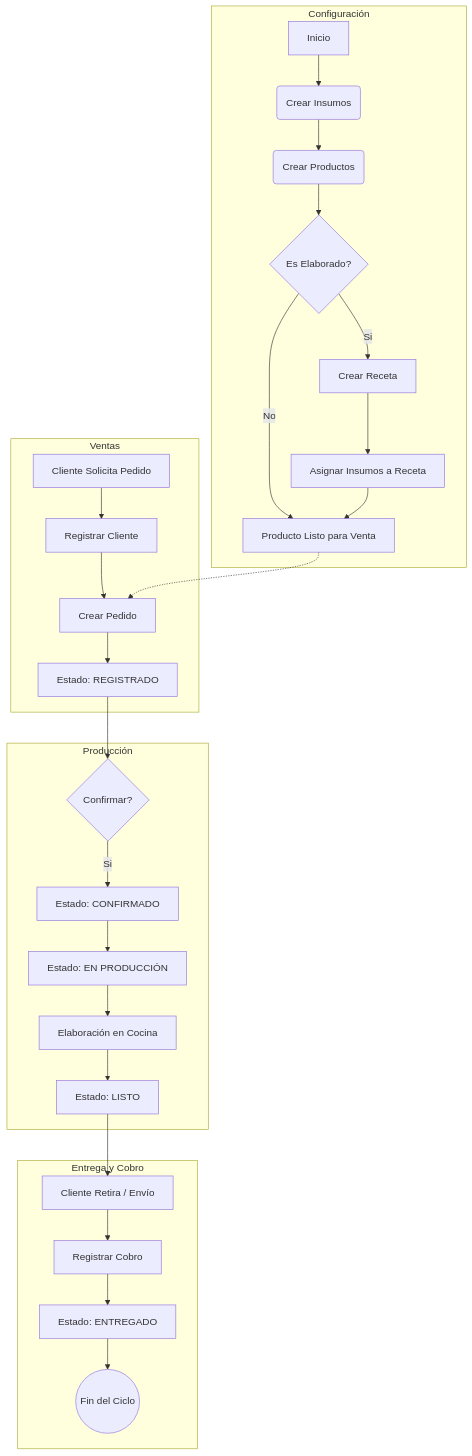
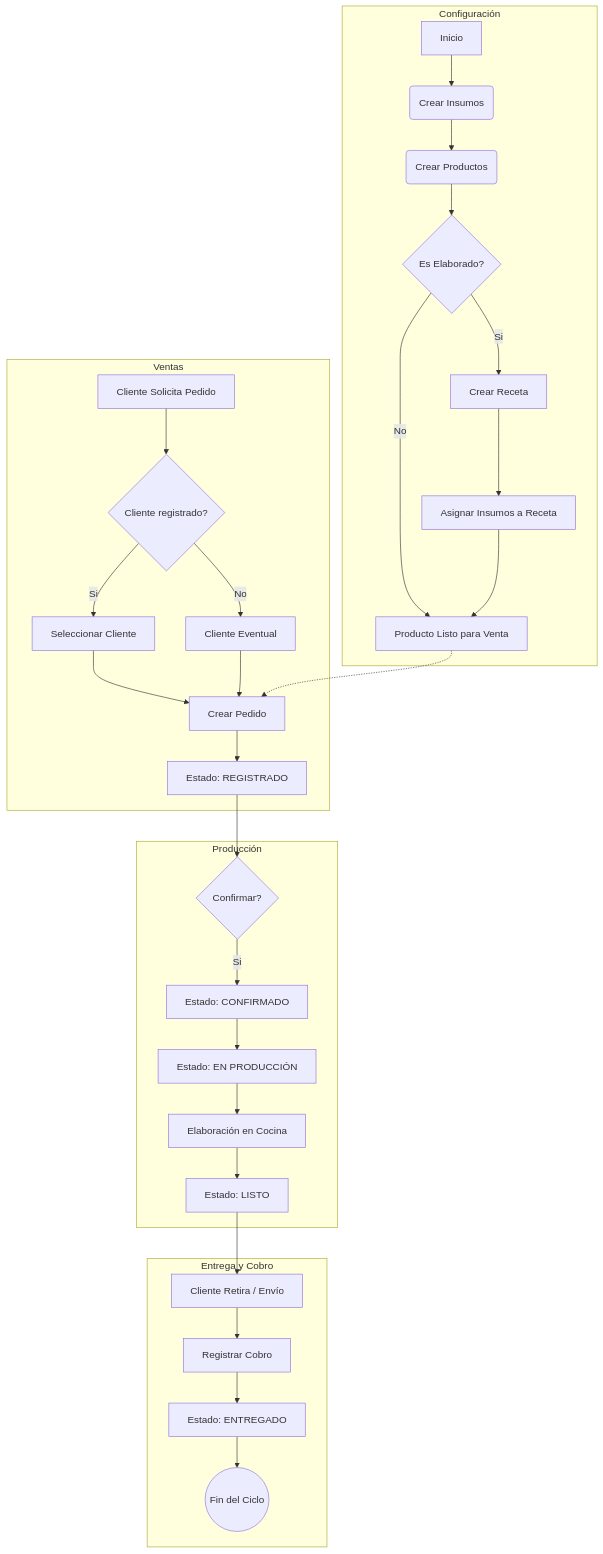
Before and after one commit to Wonback/La-Marquesa: the second of 2 diagrams in README.md, drawn with Mermaid. The commit also changed other lines of this file and 39 other files, not shown here.

````diff
--- a/README.md
+++ b/README.md
@@ -112,35 +115,38 @@
 ```mermaid
 graph TD
     subgraph Configuración
     A[Inicio] --> B(Crear Insumos)
     B --> C(Crear Productos)
     C --> D{Es Elaborado?}
     D -- Si --> E[Crear Receta]
     E --> F[Asignar Insumos a Receta]
     D -- No --> G[Producto Listo para Venta]
     F --> G
     end
 
     subgraph Ventas
-    H[Cliente Solicita Pedido] --> I[Registrar Cliente]
-    I --> J[Crear Pedido]
-    J --> K[Estado: REGISTRADO]
+    H[Cliente Solicita Pedido] --> I{Cliente registrado?}
+    I -- Si --> J[Seleccionar Cliente]
+    I -- No --> J2[Cliente Eventual]
+    J --> K[Crear Pedido]
+    J2 --> K
+    K --> L2[Estado: REGISTRADO]
     end
 
     subgraph Producción
-    K --> L{Confirmar?}
+    L2 --> L{Confirmar?}
     L -- Si --> M[Estado: CONFIRMADO]
     M --> N[Estado: EN PRODUCCIÓN]
     N --> O[Elaboración en Cocina]
     O --> P[Estado: LISTO]
     end
 
     subgraph Entrega y Cobro
     P --> Q[Cliente Retira / Envío]
     Q --> R[Registrar Cobro]
     R --> S[Estado: ENTREGADO]
     S --> T((Fin del Ciclo))
     end
 
-    G -.-> J
+    G -.-> K
 ```
````
